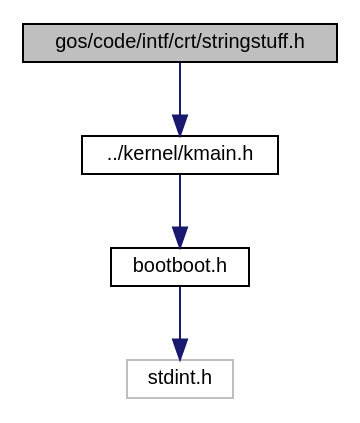
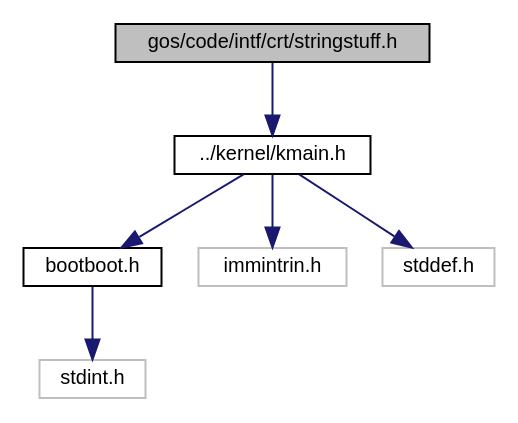
Before and after one commit to jrbuchanan02/garbage-os: the diagram in docs/stringstuff_8h__incl.dot, drawn with Graphviz. The commit also changed 15 other files, not shown here.

```diff
--- a/docs/stringstuff_8h__incl.dot
+++ b/docs/stringstuff_8h__incl.dot
@@ -1,14 +1,18 @@
 digraph "gos/code/intf/crt/stringstuff.h"
 {
  // INTERACTIVE_SVG=YES
  // LATEX_PDF_SIZE
   edge [fontname="Helvetica",fontsize="10",labelfontname="Helvetica",labelfontsize="10"];
   node [fontname="Helvetica",fontsize="10",shape=record];
   Node1 [label="gos/code/intf/crt/stringstuff.h",height=0.2,width=0.4,color="black", fillcolor="grey75", style="filled", fontcolor="black",tooltip="Everything to do with strings."];
   Node1 -> Node2 [color="midnightblue",fontsize="10",style="solid",fontname="Helvetica"];
   Node2 [label="../kernel/kmain.h",height=0.2,width=0.4,color="black", fillcolor="white", style="filled",URL="$kmain_8h.html",tooltip="File for what we include in the kmain.c file."];
   Node2 -> Node3 [color="midnightblue",fontsize="10",style="solid",fontname="Helvetica"];
   Node3 [label="bootboot.h",height=0.2,width=0.4,color="black", fillcolor="white", style="filled",URL="$bootboot_8h_source.html",tooltip=" "];
   Node3 -> Node4 [color="midnightblue",fontsize="10",style="solid",fontname="Helvetica"];
   Node4 [label="stdint.h",height=0.2,width=0.4,color="grey75", fillcolor="white", style="filled",tooltip=" "];
+  Node2 -> Node5 [color="midnightblue",fontsize="10",style="solid",fontname="Helvetica"];
+  Node5 [label="immintrin.h",height=0.2,width=0.4,color="grey75", fillcolor="white", style="filled",tooltip=" "];
+  Node2 -> Node6 [color="midnightblue",fontsize="10",style="solid",fontname="Helvetica"];
+  Node6 [label="stddef.h",height=0.2,width=0.4,color="grey75", fillcolor="white", style="filled",tooltip=" "];
 }
```
